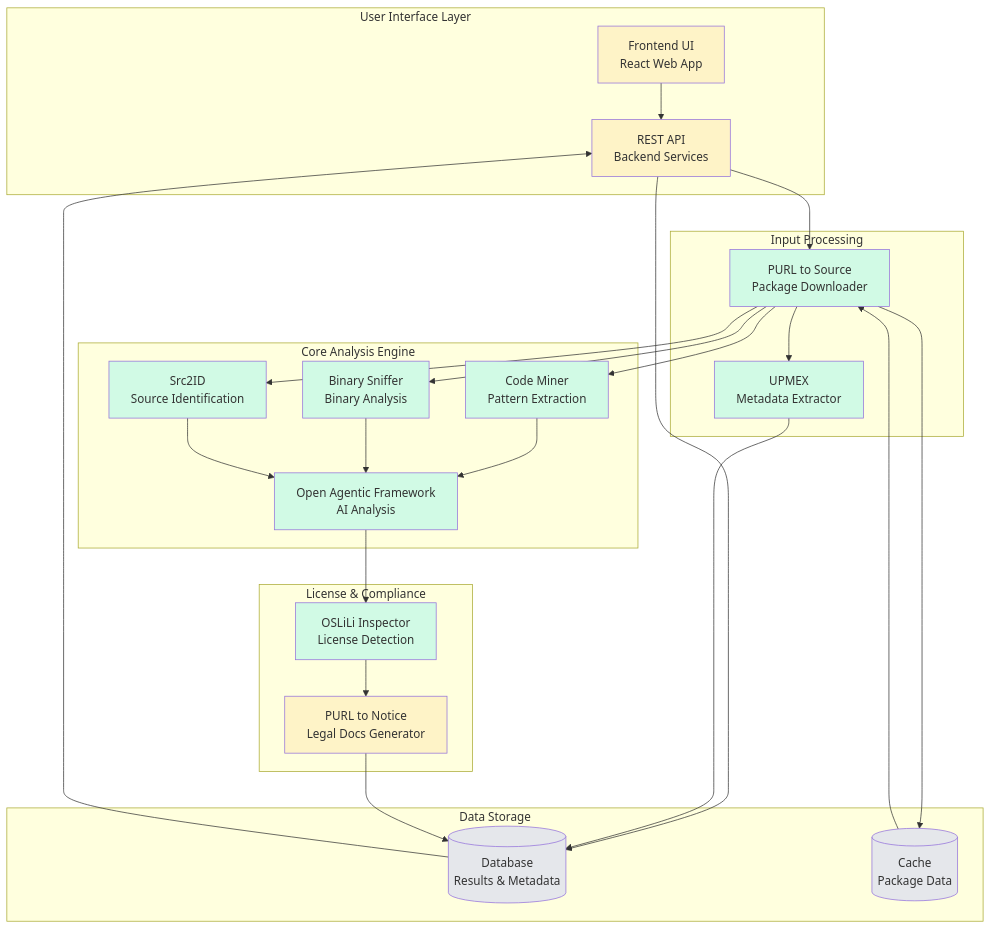
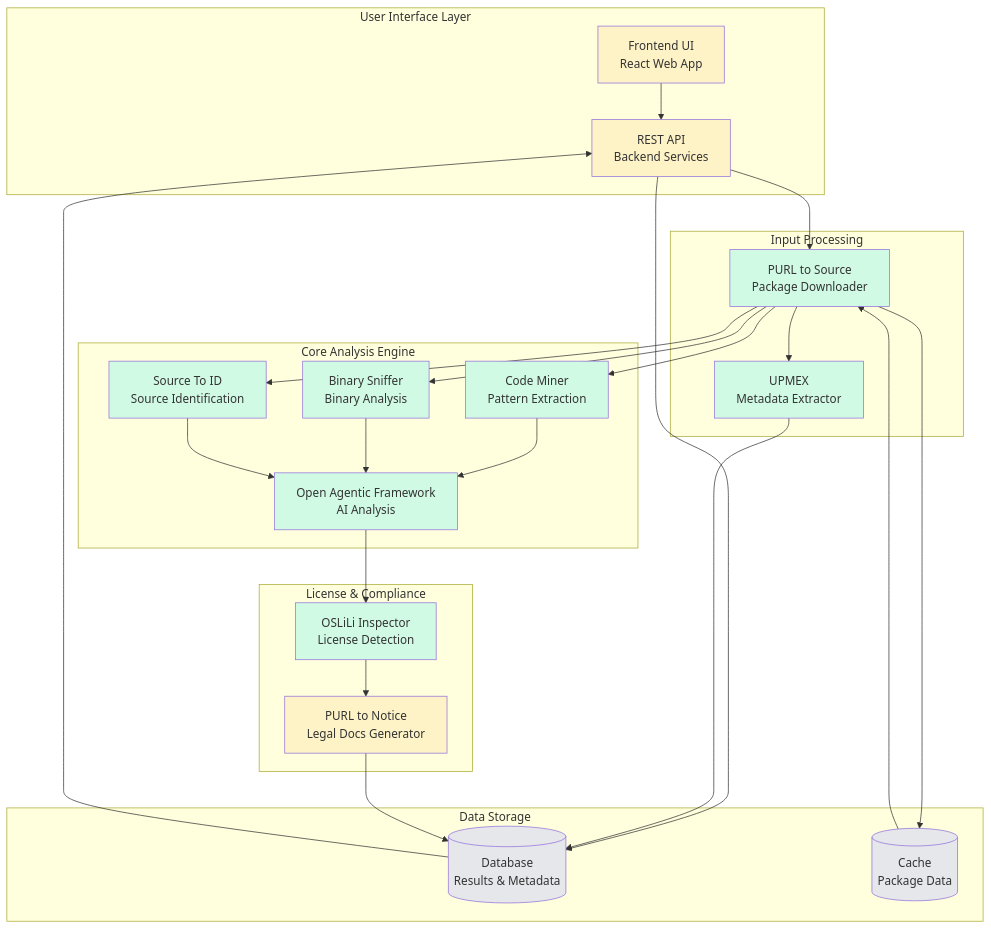
One commit to oscarvalenzuelab/codecopycatdefender.com changed the first of 4 diagrams in capability-map.md. Above: the diagram before and after it, drawn with Mermaid. The commit also changed other lines of this file and 5 other files, not shown here.

````diff
--- a/capability-map.md
+++ b/capability-map.md
@@ -5,65 +5,65 @@
 ```mermaid
 graph TB
     subgraph "User Interface Layer"
         WEB[Frontend UI<br/>React Web App]
         API[REST API<br/>Backend Services]
     end
 
     subgraph "Input Processing"
         PURL[PURL to Source<br/>Package Downloader]
         UPMEX[UPMEX<br/>Metadata Extractor]
     end
 
     subgraph "Core Analysis Engine"
         MINER[Code Miner<br/>Pattern Extraction]
         BINARY[Binary Sniffer<br/>Binary Analysis]
-        SRC2ID[Src2ID<br/>Source Identification]
+        SRC2ID[Source To ID<br/>Source Identification]
         AGENT[Open Agentic Framework<br/>AI Analysis]
     end
 
     subgraph "License & Compliance"
         OSLILI[OSLiLi Inspector<br/>License Detection]
         NOTICE[PURL to Notice<br/>Legal Docs Generator]
     end
 
     subgraph "Data Storage"
         DB[(Database<br/>Results & Metadata)]
         CACHE[(Cache<br/>Package Data)]
     end
 
     WEB --> API
     API --> PURL
     API --> DB
     
     PURL --> CACHE
     PURL --> UPMEX
     PURL --> MINER
     PURL --> BINARY
     PURL --> SRC2ID
     
     UPMEX --> DB
     
     MINER --> AGENT
     BINARY --> AGENT
     SRC2ID --> AGENT
     
     AGENT --> OSLILI
     OSLILI --> NOTICE
     
     NOTICE --> DB
     DB --> API
     CACHE --> PURL
 
     style WEB fill:#fef3c7
     style API fill:#fef3c7
     style PURL fill:#d1fae5
     style UPMEX fill:#d1fae5
     style MINER fill:#d1fae5
     style BINARY fill:#d1fae5
     style SRC2ID fill:#d1fae5
     style AGENT fill:#d1fae5
     style OSLILI fill:#d1fae5
     style NOTICE fill:#fef3c7
     style DB fill:#e5e7eb
     style CACHE fill:#e5e7eb
 ```
````
